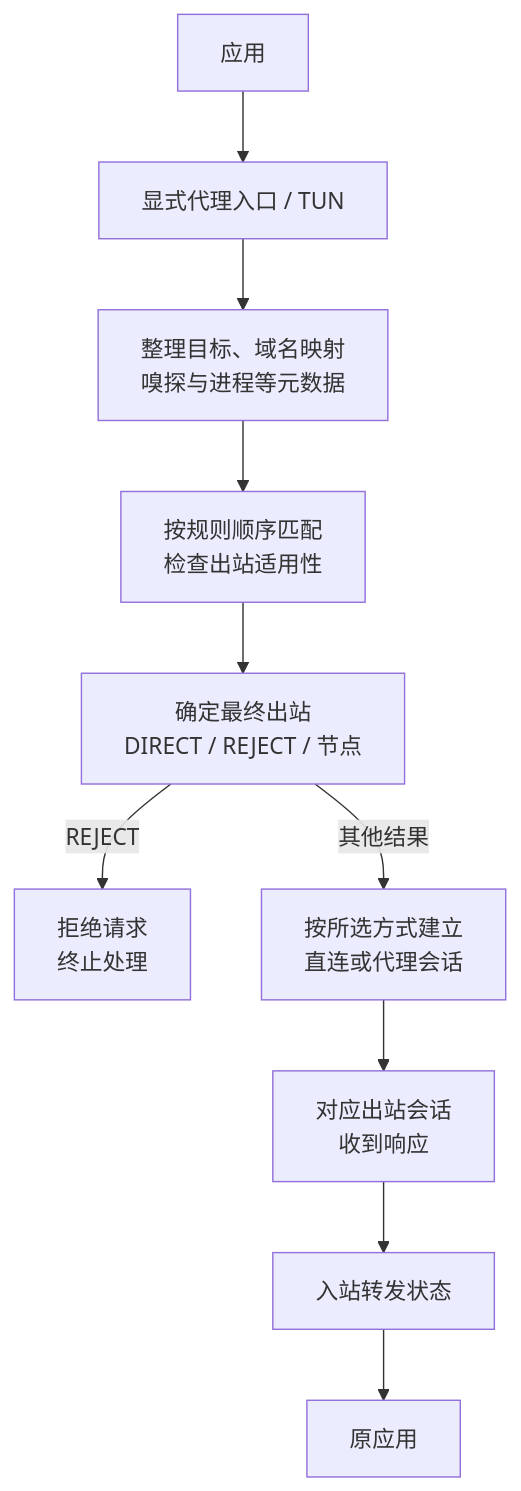
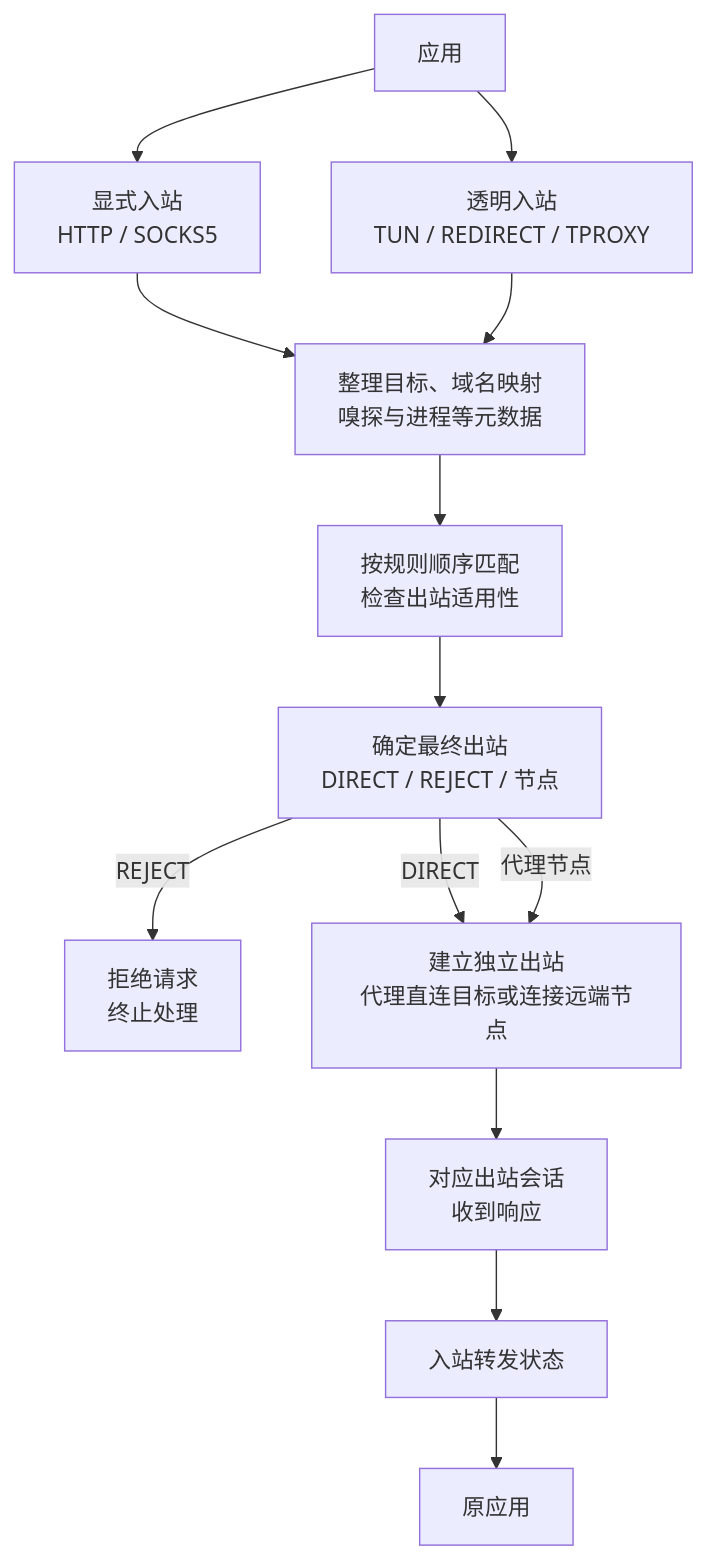
The third of 3 diagrams in content/posts/networking/proxies-tunnels-transparent-interception.md (fordelkon/delkon.us.kg), drawn with Mermaid before and after one commit. The commit also changed other lines of this file and 8 other files, not shown here.

````diff
--- a/content/posts/networking/proxies-tunnels-transparent-interception.md
+++ b/content/posts/networking/proxies-tunnels-transparent-interception.md
@@ -276,12 +321,15 @@
 ```mermaid title="规则匹配、出站选择与响应返回" description="规则按顺序检查，还需核对出站适用性；真实目标 IP 按规则和出站需要获取。REJECT 在此终止，策略组选择需落实到最终出站，非拒绝结果按实际选择建立直连或代理会话。响应通过对应的出站会话和入站转发状态返回原应用，不是把远端 TCP 包原样塞回原连接。"
 flowchart TB
- app["应用"] --> entry["显式代理入口 / TUN"]
- entry --> metadata["整理目标、域名映射<br/>嗅探与进程等元数据"]
+ app["应用"] --> explicit["显式入站<br/>HTTP / SOCKS5"]
+ app --> transparent["透明入站<br/>TUN / REDIRECT / TPROXY"]
+ explicit --> metadata["整理目标、域名映射<br/>嗅探与进程等元数据"]
+ transparent --> metadata
  metadata --> rules["按规则顺序匹配<br/>检查出站适用性"]
  rules --> choice["确定最终出站<br/>DIRECT / REJECT / 节点"]
  choice -->|REJECT| reject["拒绝请求<br/>终止处理"]
- choice -->|其他结果| outbound["按所选方式建立<br/>直连或代理会话"]
+ choice -->|DIRECT| outbound["建立独立出站<br/>代理直连目标或连接远端节点"]
+ choice -->|代理节点| outbound
  outbound --> response["对应出站会话<br/>收到响应"]
  response --> inbound["入站转发状态"]
  inbound --> original["原应用"]
 ```
````
